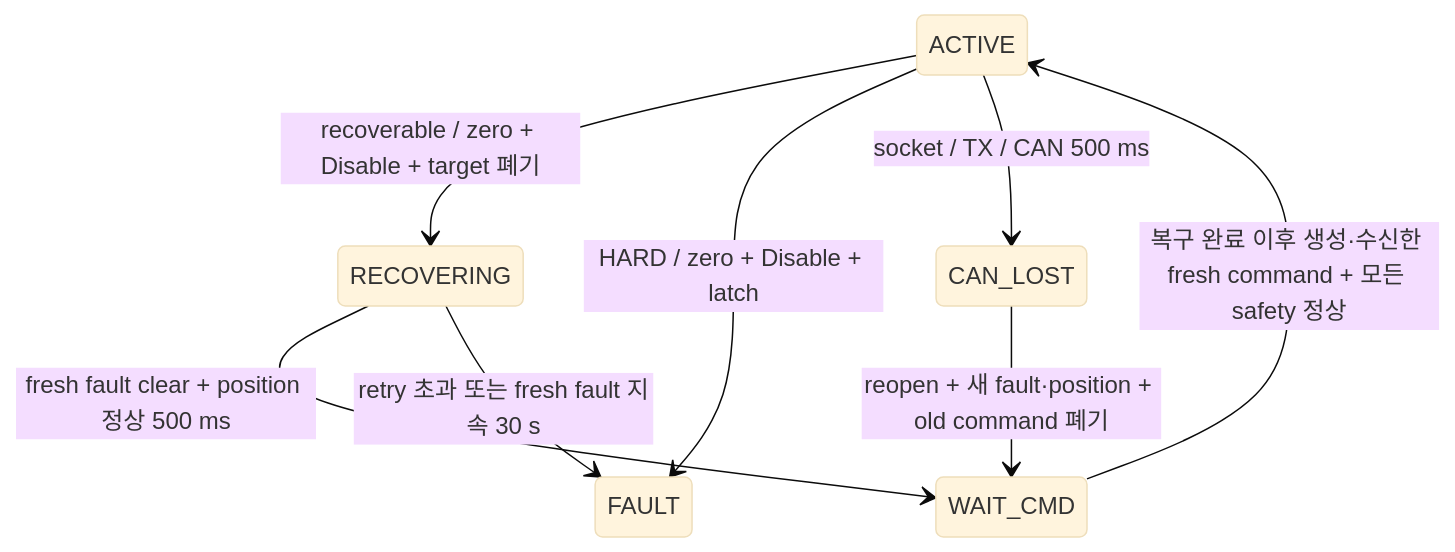
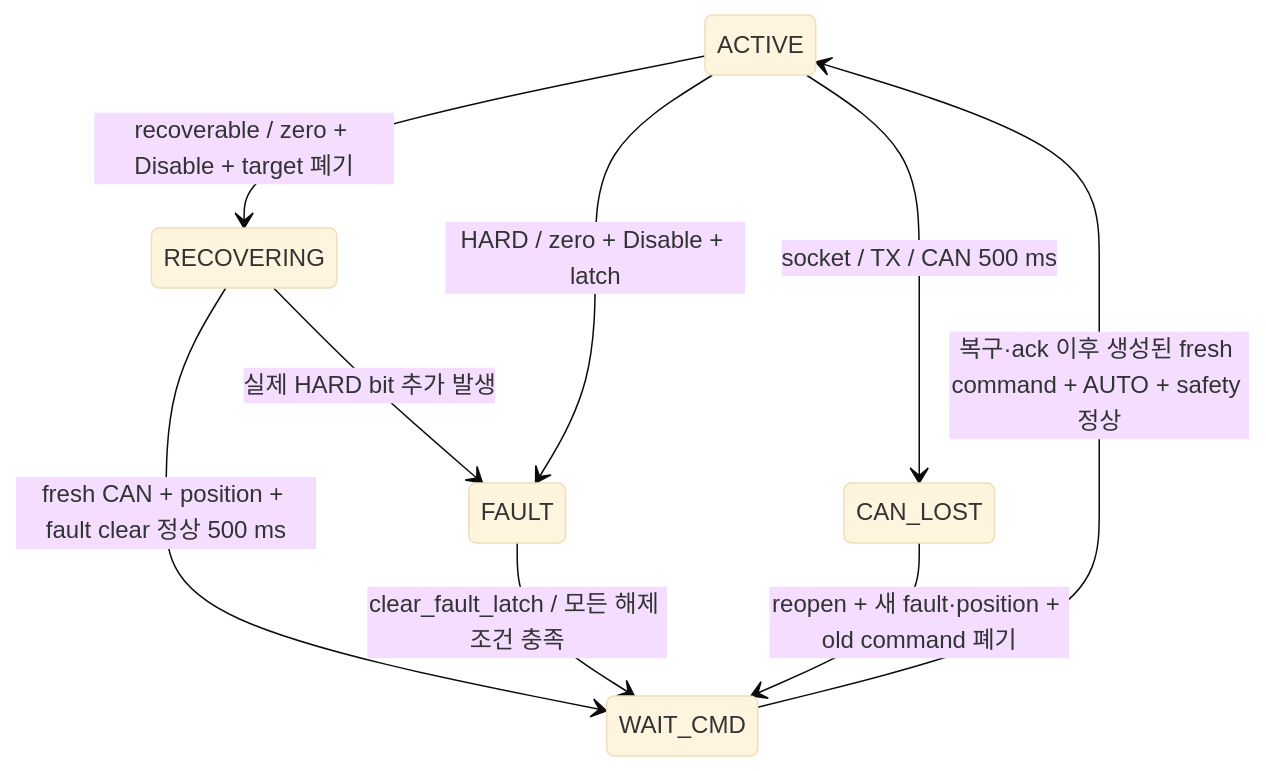
One commit to shinjuyeop/Control changed the diagram in docs/reports/2026-09-21_steering_availability.md. Above: the diagram before and after it, drawn with Mermaid (base theme). The commit also changed other lines of this file and 24 other files, not shown here.

Commit message:
feat(steering): add guarded hard-fault acknowledgment and continuous recovery

````diff
--- a/docs/reports/2026-09-21_steering_availability.md
+++ b/docs/reports/2026-09-21_steering_availability.md
@@ -42,10 +48,11 @@
 ```mermaid
 stateDiagram-v2
     ACTIVE --> RECOVERING: recoverable / zero + Disable + target 폐기
     ACTIVE --> FAULT: HARD / zero + Disable + latch
-    RECOVERING --> WAIT_CMD: fresh fault clear + position 정상 500 ms
-    RECOVERING --> FAULT: retry 초과 또는 fresh fault 지속 30 s
-    WAIT_CMD --> ACTIVE: 복구 완료 이후 생성·수신한 fresh command + 모든 safety 정상
+    RECOVERING --> WAIT_CMD: fresh CAN + position + fault clear 정상 500 ms
+    RECOVERING --> FAULT: 실제 HARD bit 추가 발생
+    FAULT --> WAIT_CMD: clear_fault_latch / 모든 해제 조건 충족
+    WAIT_CMD --> ACTIVE: 복구·ack 이후 생성된 fresh command + AUTO + safety 정상
     ACTIVE --> CAN_LOST: socket / TX / CAN 500 ms
     CAN_LOST --> WAIT_CMD: reopen + 새 fault·position + old command 폐기
 ```
````
